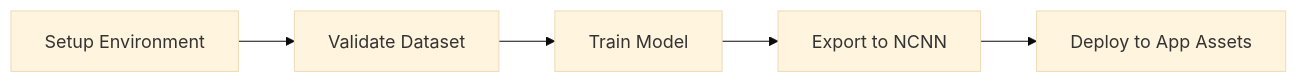
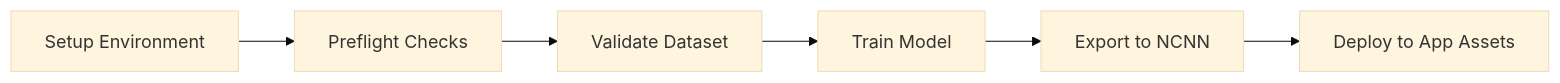
Before and after one commit to 1337Xcode/AimBuddy: the first of 2 diagrams in docs/Training.md, drawn with Mermaid (base theme). The commit also changed other lines of this file and 7 other files, not shown here.

````diff
--- a/docs/Training.md
+++ b/docs/Training.md
@@ -27,7 +27,8 @@
 ```mermaid
 flowchart LR
-    A[Setup Environment] --> B[Validate Dataset]
-    B --> C[Train Model]
-    C --> D[Export to NCNN]
-    D --> E[Deploy to App Assets]
+    A[Setup Environment] --> B[Preflight Checks]
+    B --> C[Validate Dataset]
+    C --> D[Train Model]
+    D --> E[Export to NCNN]
+    E --> F[Deploy to App Assets]
 ```
````
